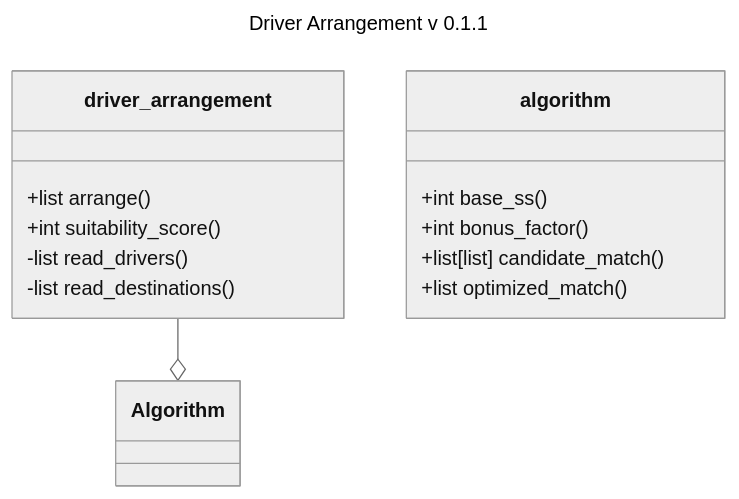
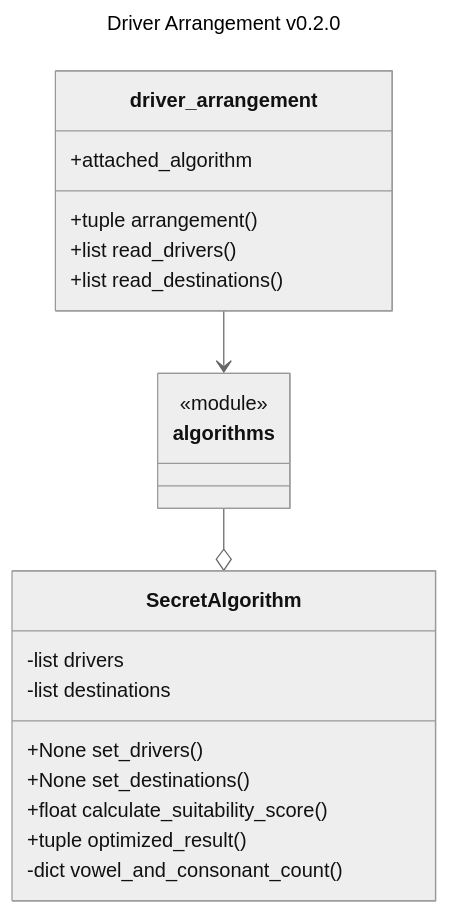
The diagram in module_diagram.md (LiangA/platform_science_assignment), drawn with Mermaid (neutral theme) before and after one commit.

Commit message:
📝 module design 0.2.0

````diff
--- a/module_diagram.md
+++ b/module_diagram.md
@@ -1,20 +1,29 @@
 ```mermaid
 ---
-title: Driver Arrangement v 0.1.1
+title: Driver Arrangement v0.2.0
 ---
 classDiagram
-    driver_arrangement --o Algorithm
+    driver_arrangement --> algorithms
+    algorithms --o SecretAlgorithm
 
     class driver_arrangement{
-        +list arrange()
-        +int suitability_score()
-        -list read_drivers()
-        -list read_destinations()
+        +attached_algorithm
+
+        +tuple arrangement()
+        +list read_drivers()
+        +list read_destinations()
     }
-    class algorithm{
-        +int base_ss()
-        +int bonus_factor()
-        +list[list] candidate_match()
-        +list optimized_match()
+    class algorithms{
+      <<module>>
+    }
+    class SecretAlgorithm{
+        -list<string> drivers
+        -list<string> destinations
+
+        +None set_drivers()
+        +None set_destinations()
+        +float calculate_suitability_score()
+        +tuple optimized_result()
+        -dict vowel_and_consonant_count()
     }
 ```
````
